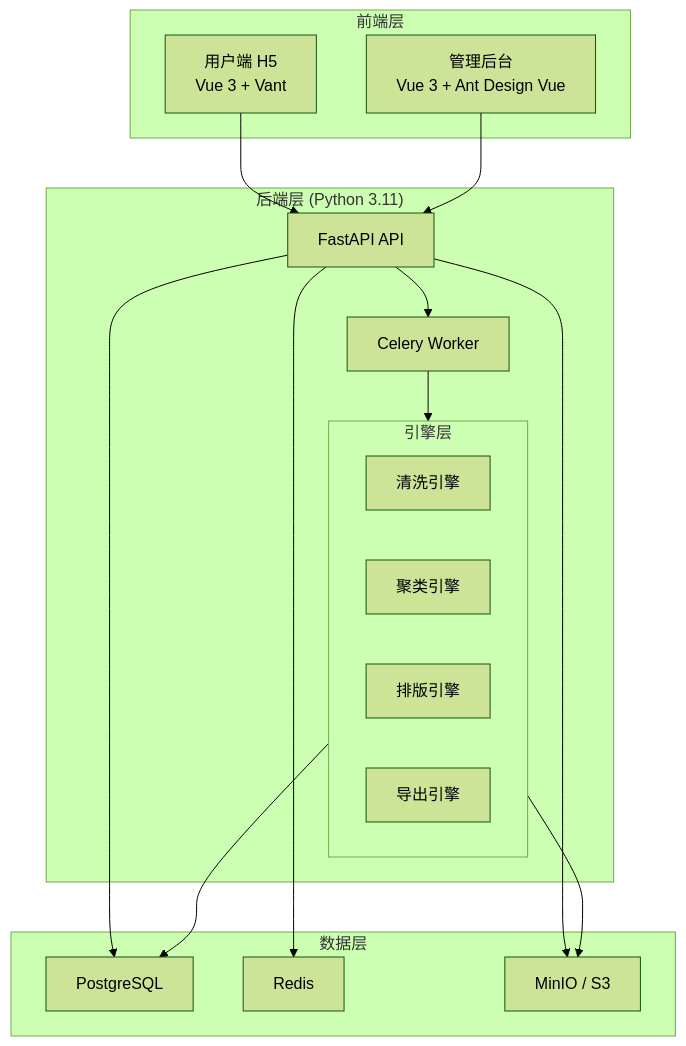
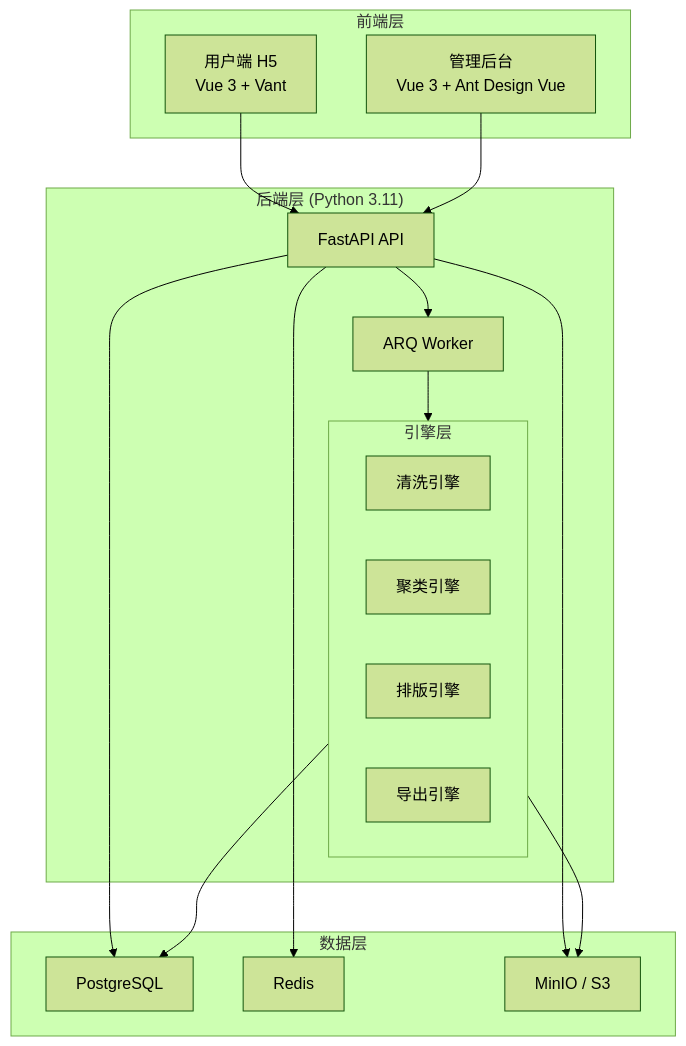
The second of 3 diagrams in README.md (jackli5541/pixelpress), drawn with Mermaid (forest theme) before and after one commit. The commit also changed other lines of this file, not shown here.

````diff
--- a/README.md
+++ b/README.md
@@ -44,34 +44,34 @@
 ```mermaid
 flowchart TB
     subgraph Frontend["前端层"]
         U["用户端 H5<br/>Vue 3 + Vant"]
         A["管理后台<br/>Vue 3 + Ant Design Vue"]
     end
 
     subgraph Backend["后端层 (Python 3.11)"]
         API["FastAPI API"]
-        W["Celery Worker"]
+        W["ARQ Worker"]
         subgraph Engine["引擎层"]
             E1["清洗引擎"]
             E2["聚类引擎"]
             E3["排版引擎"]
             E4["导出引擎"]
         end
         W --> Engine
     end
 
     subgraph Data["数据层"]
         PG["PostgreSQL"]
         R["Redis"]
         M["MinIO / S3"]
     end
 
     U --> API
     A --> API
     API --> PG
     API --> R
     API --> M
     API --> W
     Engine --> PG
     Engine --> M
 ```
````
